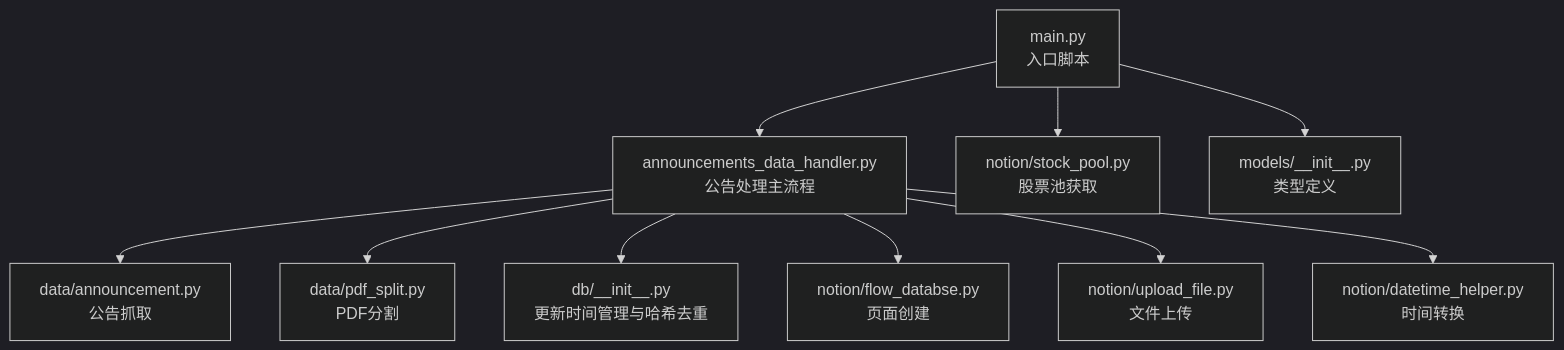
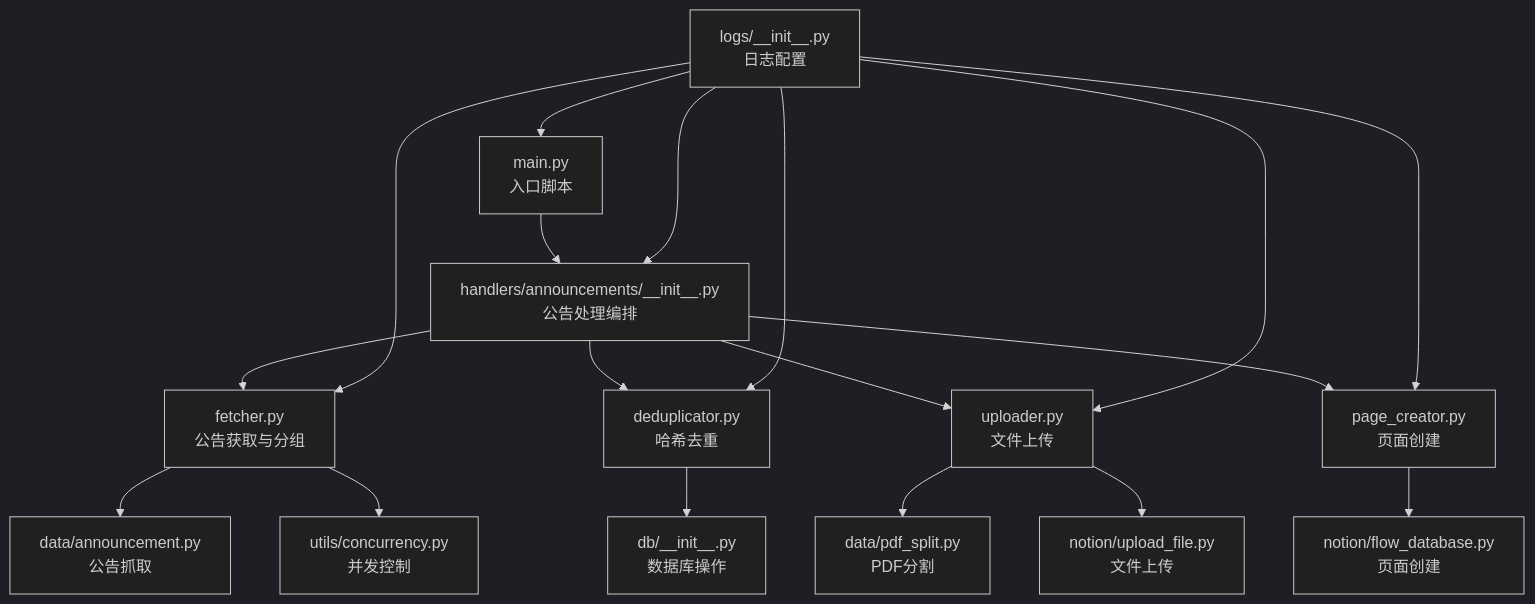
Before and after one commit to iverwong/DataLife: the first of 8 diagrams in .qoder/repowiki/zh/content/核心模块详解/公告数据处理模块/公告数据处理模块.md, drawn with Mermaid (dark theme). The commit also changed other lines of this file and 14 other files, not shown here.

````diff
--- a/.qoder/repowiki/zh/content/核心模块详解/公告数据处理模块/公告数据处理模块.md
+++ b/.qoder/repowiki/zh/content/核心模块详解/公告数据处理模块/公告数据处理模块.md
@@ -54,12 +67,20 @@
 ```mermaid
 graph TB
-A["main.py<br/>入口脚本"] --> B["announcements_data_handler.py<br/>公告处理主流程"]
-B --> C["data/announcement.py<br/>公告抓取"]
-B --> D["data/pdf_split.py<br/>PDF分割"]
-B --> E["db/__init__.py<br/>更新时间管理与哈希去重"]
-B --> F["notion/flow_databse.py<br/>页面创建"]
-B --> G["notion/upload_file.py<br/>文件上传"]
-B --> H["notion/datetime_helper.py<br/>时间转换"]
-A --> I["notion/stock_pool.py<br/>股票池获取"]
-A --> J["models/__init__.py<br/>类型定义"]
+A["main.py<br/>入口脚本"] --> B["handlers/announcements/__init__.py<br/>公告处理编排"]
+B --> C["fetcher.py<br/>公告获取与分组"]
+B --> D["deduplicator.py<br/>哈希去重"]
+B --> E["uploader.py<br/>文件上传"]
+B --> F["page_creator.py<br/>页面创建"]
+C --> G["data/announcement.py<br/>公告抓取"]
+C --> H["utils/concurrency.py<br/>并发控制"]
+D --> I["db/__init__.py<br/>数据库操作"]
+E --> J["data/pdf_split.py<br/>PDF分割"]
+E --> K["notion/upload_file.py<br/>文件上传"]
+F --> L["notion/flow_database.py<br/>页面创建"]
+M["logs/__init__.py<br/>日志配置"] --> A
+M --> B
+M --> C
+M --> D
+M --> E
+M --> F
 ```
````
